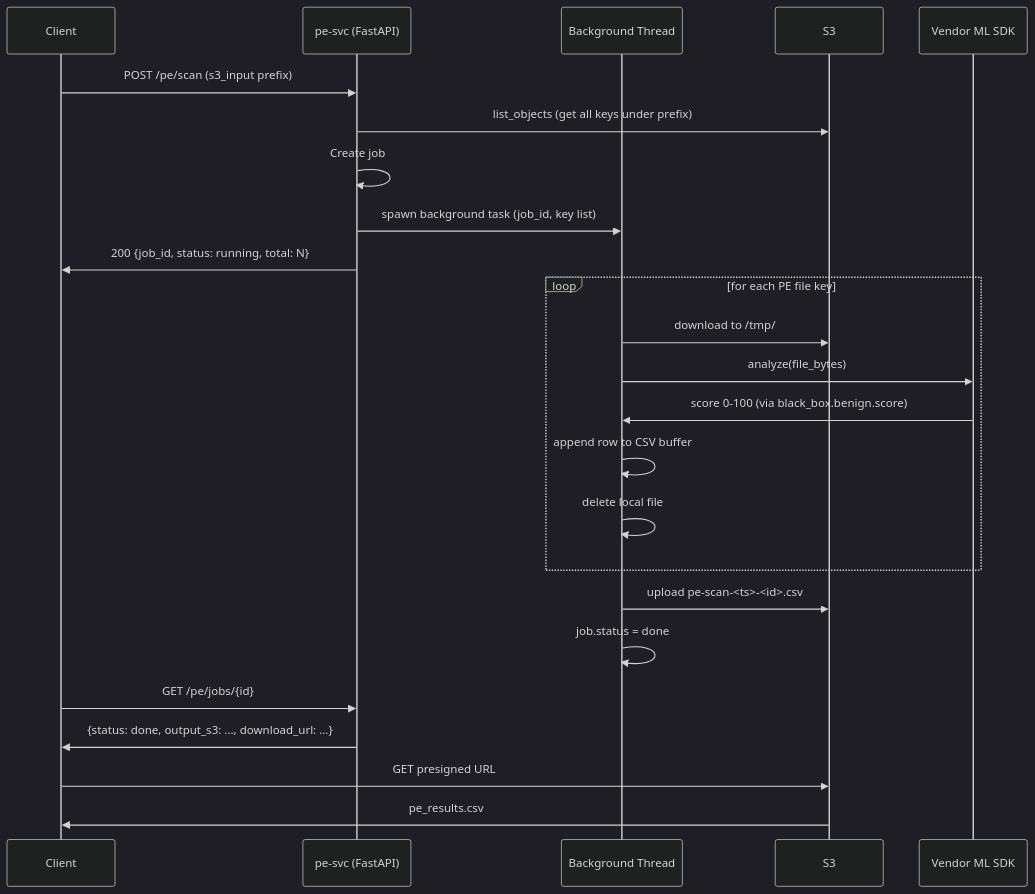
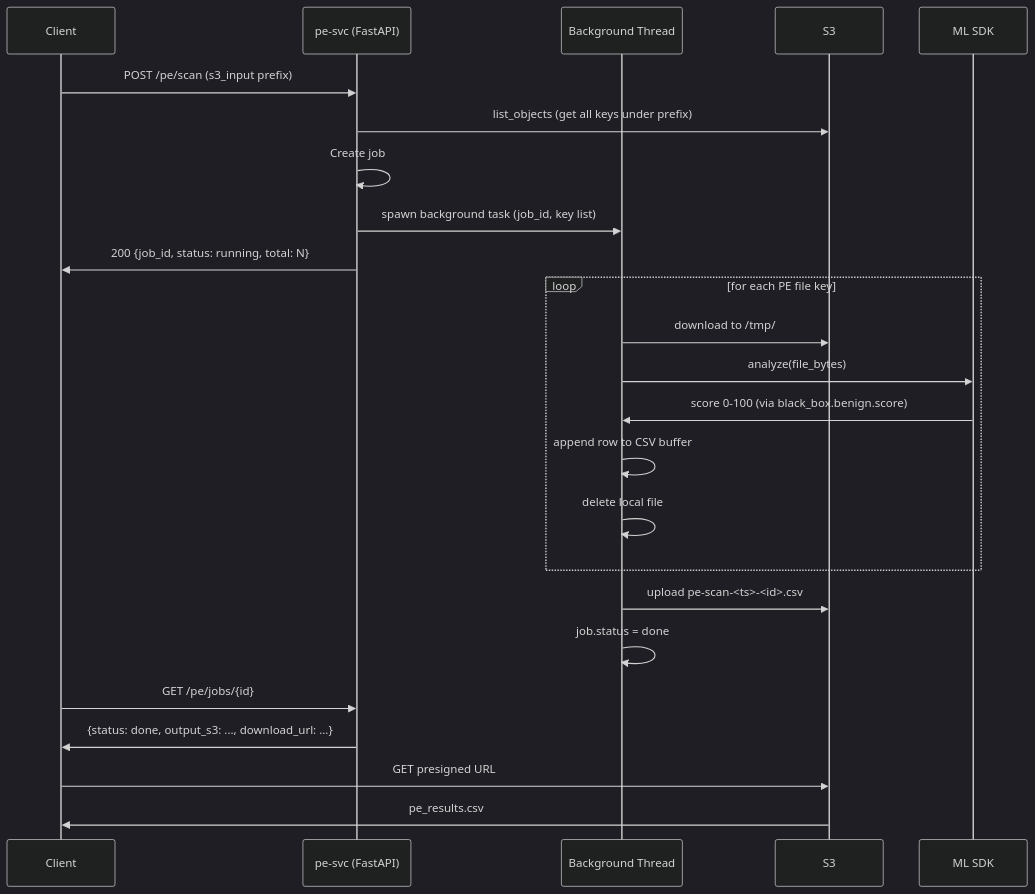
The second of 2 diagrams in docs/dataflow.md (juanchencs/production-mlops-url-pe-classification), drawn with Mermaid (dark theme) before and after one commit. The commit also changed other lines of this file and 9 other files, not shown here.

````diff
--- a/docs/dataflow.md
+++ b/docs/dataflow.md
@@ -64,30 +64,30 @@
 ```mermaid
 sequenceDiagram
     participant C as Client
     participant API as pe-svc (FastAPI)
     participant BG as Background Thread
     participant S3 as S3
-    participant SDK as Vendor ML SDK
+    participant SDK as ML SDK
 
     C->>API: POST /pe/scan (s3_input prefix)
     API->>S3: list_objects (get all keys under prefix)
     API->>API: Create job
     API->>BG: spawn background task (job_id, key list)
     API->>C: 200 {job_id, status: running, total: N}
 
     loop for each PE file key
         BG->>S3: download to /tmp/
         BG->>SDK: analyze(file_bytes)
         SDK->>BG: score 0-100 (via black_box.benign.score)
         BG->>BG: append row to CSV buffer
         BG->>BG: delete local file
     end
 
     BG->>S3: upload pe-scan-<ts>-<id>.csv
     BG->>BG: job.status = done
 
     C->>API: GET /pe/jobs/{id}
     API->>C: {status: done, output_s3: ..., download_url: ...}
     C->>S3: GET presigned URL
     S3->>C: pe_results.csv
 ```
````
